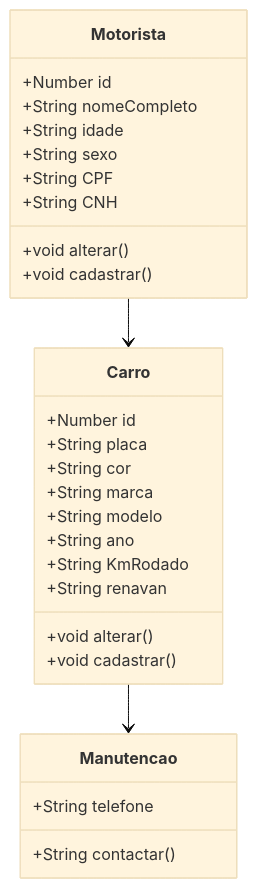
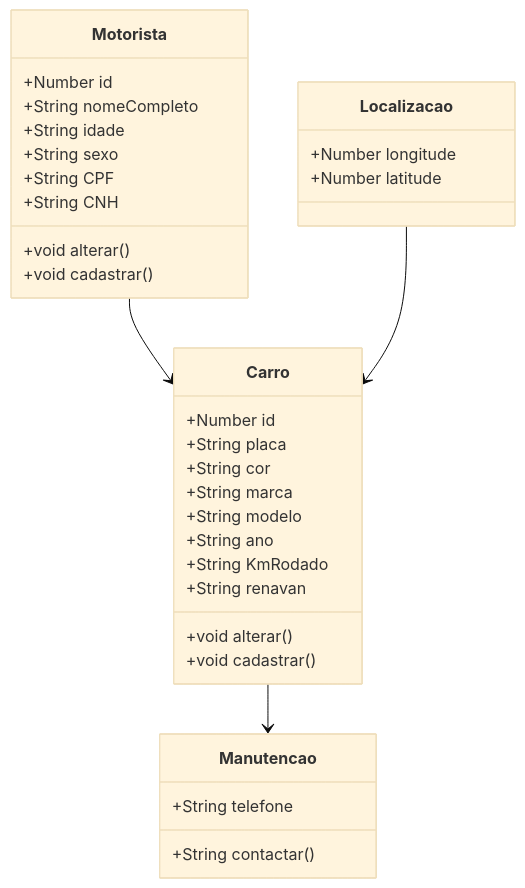
The diagram in scriptsDiagrams/classes.mmd (RafaelRF99/documentacao-devsfreela), drawn with Mermaid (base theme) before and after one commit. The commit also changed 7 other files, not shown here.

```diff
--- a/scriptsDiagrams/classes.mmd
+++ b/scriptsDiagrams/classes.mmd
@@ -1,33 +1,39 @@
 classDiagram
     
     class Carro{
       +Number id
       +String placa
       +String cor
       +String marca
       +String modelo
       +String ano
       +String KmRodado
       +String renavan
       +void alterar()
       +void cadastrar()
     }
 
     class Motorista {
         +Number id
         +String nomeCompleto
         +String idade
         +String sexo
         +String CPF
         +String CNH
         +void alterar()
         +void cadastrar()
     }
 
     class Manutencao {
         +String telefone
         +String contactar()
     }
 
+    class Localizacao {
+        +Number longitude
+        +Number latitude
+    }
+
     Motorista --> Carro
     Carro --> Manutencao
+    Localizacao --> Carro
```
